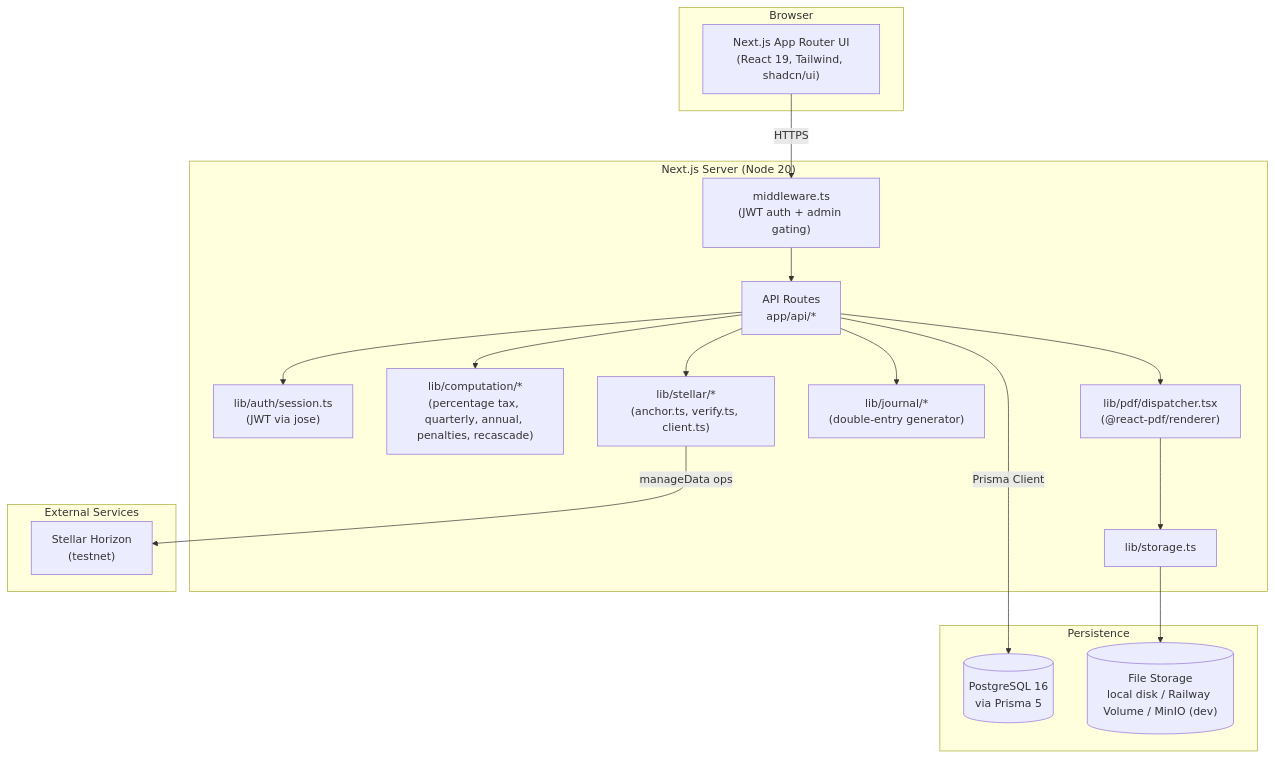
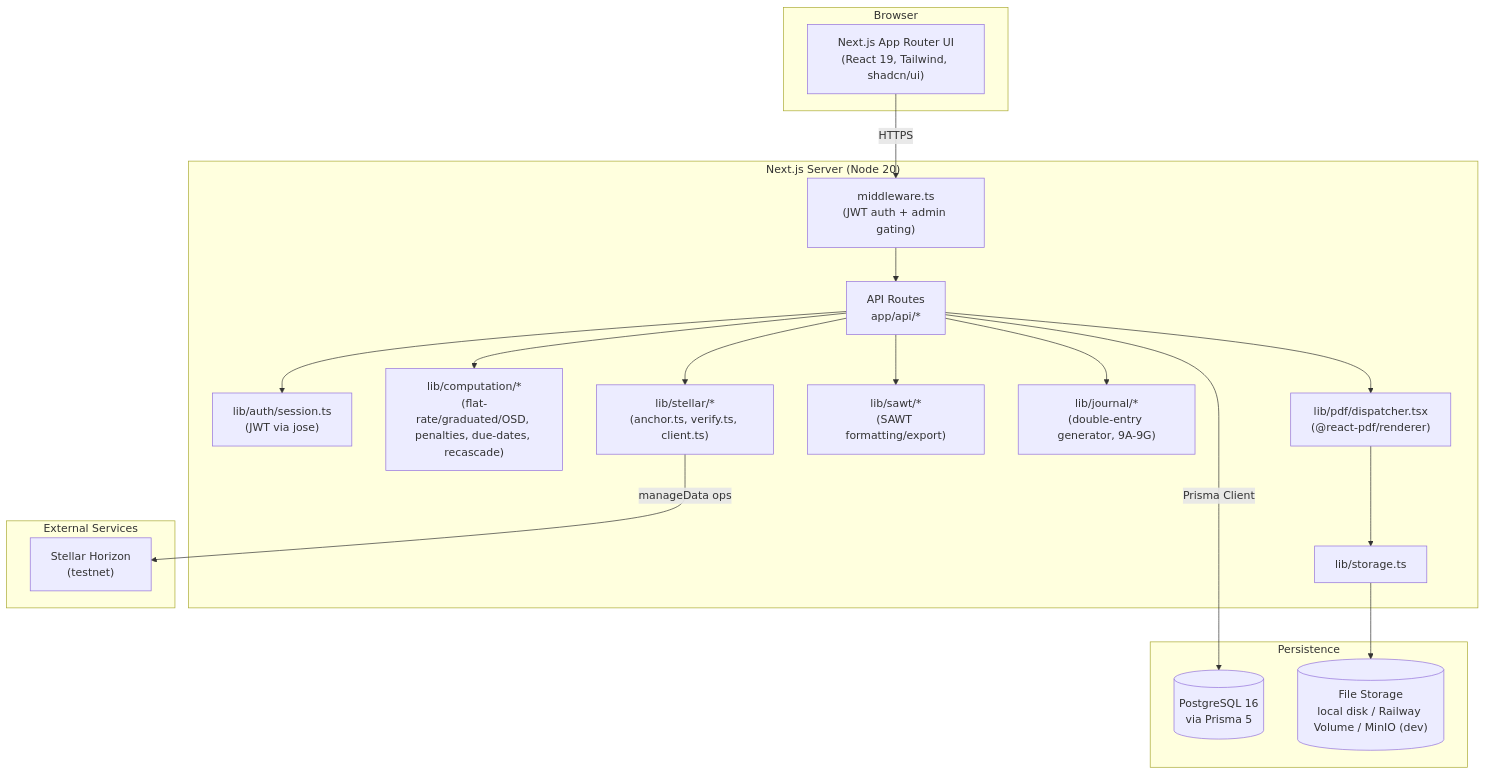
Before and after one commit to 0xhakua/Krunchr: the first of 4 diagrams in README.md, drawn with Mermaid. The commit also changed other lines of this file, not shown here.

````diff
--- a/README.md
+++ b/README.md
@@ -73,36 +86,38 @@
 ```mermaid
 flowchart TB
     subgraph Client["Browser"]
         UI["Next.js App Router UI<br/>(React 19, Tailwind, shadcn/ui)"]
     end
 
     subgraph Server["Next.js Server (Node 20)"]
         MW["middleware.ts<br/>(JWT auth + admin gating)"]
         API["API Routes<br/>app/api/*"]
         AUTH["lib/auth/session.ts<br/>(JWT via jose)"]
-        COMP["lib/computation/*<br/>(percentage tax, quarterly, annual, penalties, recascade)"]
+        COMP["lib/computation/*<br/>(flat-rate/graduated/OSD, penalties, due-dates, recascade)"]
         PDF["lib/pdf/dispatcher.tsx<br/>(@react-pdf/renderer)"]
-        JOURNAL["lib/journal/*<br/>(double-entry generator)"]
+        SAWT["lib/sawt/*<br/>(SAWT formatting/export)"]
+        JOURNAL["lib/journal/*<br/>(double-entry generator, 9A-9G)"]
         STELLAR_LIB["lib/stellar/*<br/>(anchor.ts, verify.ts, client.ts)"]
         STORAGE_LIB["lib/storage.ts"]
     end
 
     subgraph Data["Persistence"]
         PG[("PostgreSQL 16<br/>via Prisma 5")]
         FILES[("File Storage<br/>local disk / Railway Volume / MinIO (dev)")]
     end
 
     subgraph External["External Services"]
         HORIZON["Stellar Horizon<br/>(testnet)"]
     end
 
     UI -->|HTTPS| MW --> API
     API --> AUTH
     API --> COMP
     API --> PDF
+    API --> SAWT
     API --> JOURNAL
     API --> STELLAR_LIB
     API -->|Prisma Client| PG
     PDF --> STORAGE_LIB --> FILES
     STELLAR_LIB -->|manageData ops| HORIZON
 ```
````
